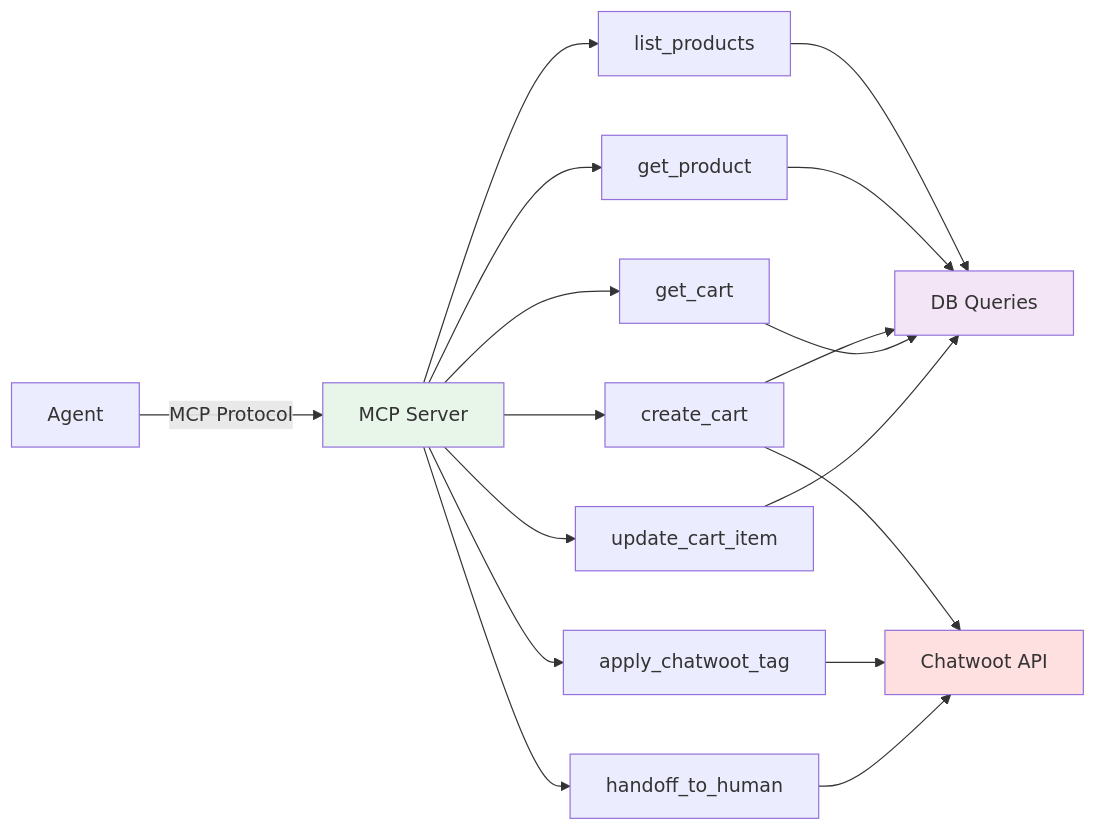
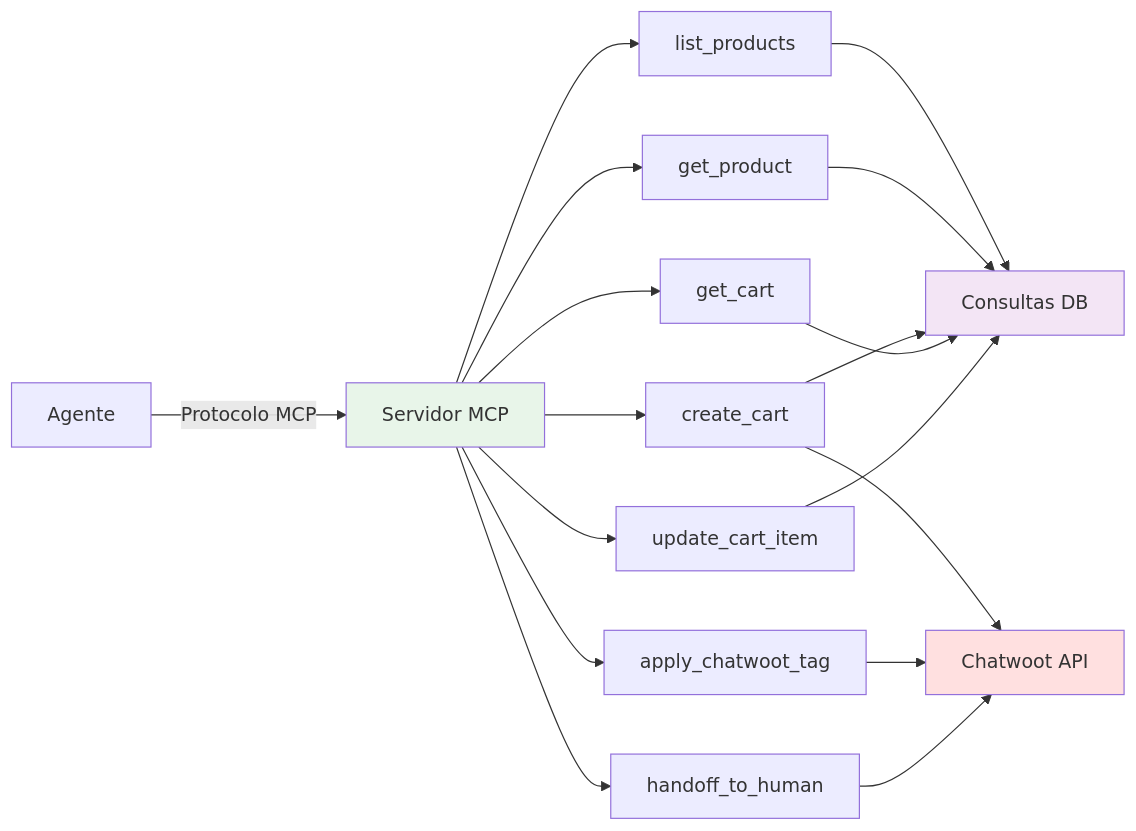
The fifth of 6 diagrams in docs/ARCHITECTURE.md (ezzz37/laburen-ai-agent-challenge), drawn with Mermaid before and after one commit. The commit also changed other lines of this file and 5 other files, not shown here.

````diff
--- a/docs/ARCHITECTURE.md
+++ b/docs/ARCHITECTURE.md
@@ -121,24 +149,24 @@
 ```mermaid
 graph LR
-    A[Agent] -->|MCP Protocol| S[MCP Server]
+    A[Agente] -->|Protocolo MCP| S[Servidor MCP]
     S --> T1[list_products]
     S --> T2[get_product]
     S --> T3[create_cart]
     S --> T4[get_cart]
     S --> T5[update_cart_item]
     S --> T6[apply_chatwoot_tag]
     S --> T7[handoff_to_human]
     
-    T1 --> Q[DB Queries]
+    T1 --> Q[Consultas DB]
     T2 --> Q
     T3 --> Q
     T3 --> CH[Chatwoot API]
     T4 --> Q
     T5 --> Q
     T6 --> CH
     T7 --> CH
     
     style S fill:#e8f5e9
     style Q fill:#f3e5f5
     style CH fill:#ffe0e0
 ```
````
